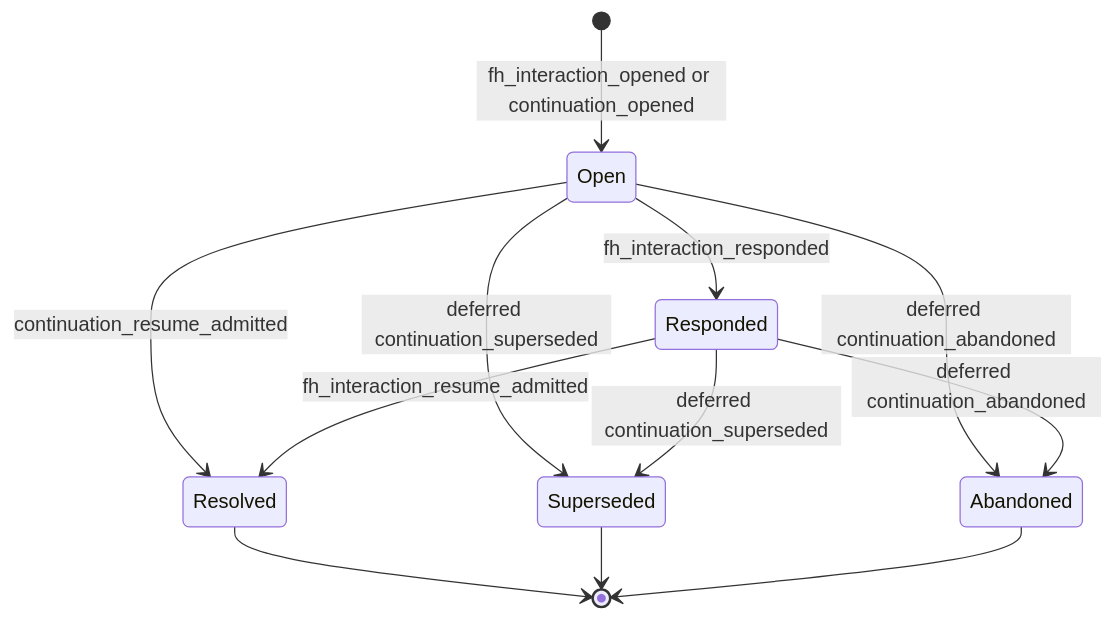
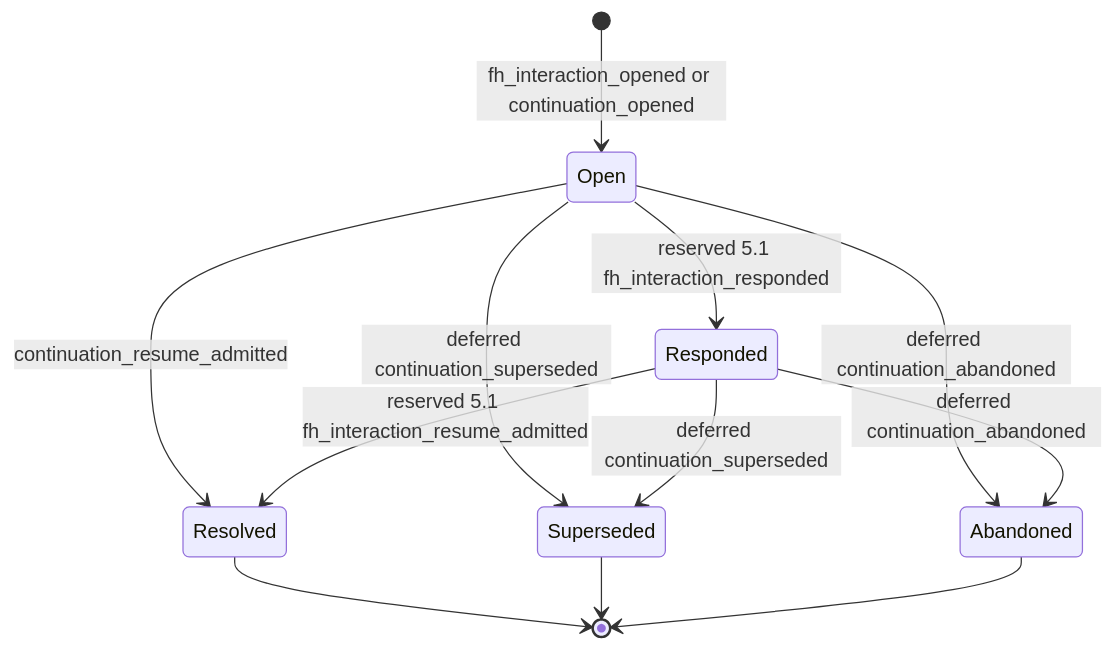
Before and after one commit to foolishimp/abiogenesis: the fourth of 10 diagrams in build_tenants/abiogenesis/typescript/design/M05_DIRECT_GTL_TRAVERSAL_EXPANSION_DESIGN.md, drawn with Mermaid. The commit also changed other lines of this file and 1 other file, not shown here.

First line of the commit message:
TD-25S: restate M05 direct-traversal passages that described F_H response and resume as realized

````diff
--- a/build_tenants/abiogenesis/typescript/design/M05_DIRECT_GTL_TRAVERSAL_EXPANSION_DESIGN.md
+++ b/build_tenants/abiogenesis/typescript/design/M05_DIRECT_GTL_TRAVERSAL_EXPANSION_DESIGN.md
@@ -1014,14 +1004,14 @@
 ```mermaid
 stateDiagram-v2
   [*] --> Open: fh_interaction_opened or continuation_opened
-  Open --> Responded: fh_interaction_responded
+  Open --> Responded: reserved 5.1 fh_interaction_responded
   Open --> Resolved: continuation_resume_admitted
-  Responded --> Resolved: fh_interaction_resume_admitted
+  Responded --> Resolved: reserved 5.1 fh_interaction_resume_admitted
   Open --> Superseded: deferred continuation_superseded
   Responded --> Superseded: deferred continuation_superseded
   Open --> Abandoned: deferred continuation_abandoned
   Responded --> Abandoned: deferred continuation_abandoned
   Resolved --> [*]
   Superseded --> [*]
   Abandoned --> [*]
 ```
````
